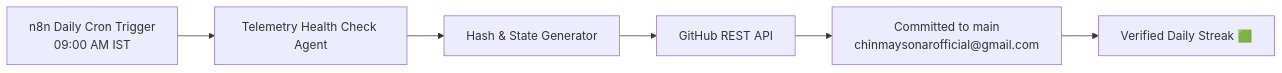
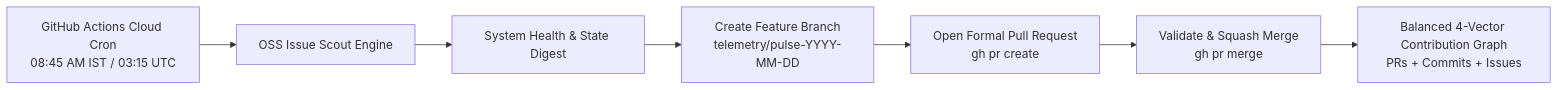
Before and after one commit to Chinmay-sonar/agent-telemetry-log: the diagram in README.md, drawn with Mermaid. The commit also changed other lines of this file and 8 other files, not shown here.

Commit message:
feat(sentinel): implement 24/7 autonomous spider-web engine and daily oss scout pipeline

````diff
--- a/README.md
+++ b/README.md
@@ -19,8 +20,9 @@
 ```mermaid
 graph LR
-    Schedule[n8n Daily Cron Trigger<br/>09:00 AM IST] --> Agent[Telemetry Health Check Agent]
-    Agent --> Compute[Hash & State Generator]
-    Compute --> GitHubAPI[GitHub REST API]
-    GitHubAPI --> Commit[Committed to main<br/>chinmaysonarofficial@gmail.com]
-    Commit --> Streak[Verified Daily Streak 🟩]
+    Cron[GitHub Actions Cloud Cron<br/>08:45 AM IST / 03:15 UTC] --> Scout[OSS Issue Scout Engine]
+    Scout --> Telemetry[System Health & State Digest]
+    Telemetry --> Branch[Create Feature Branch<br/>telemetry/pulse-YYYY-MM-DD]
+    Branch --> PR[Open Formal Pull Request<br/>gh pr create]
+    PR --> Merge[Validate & Squash Merge<br/>gh pr merge]
+    Merge --> Graph[Balanced 4-Vector Contribution Graph<br/>PRs + Commits + Issues]
 ```
````
